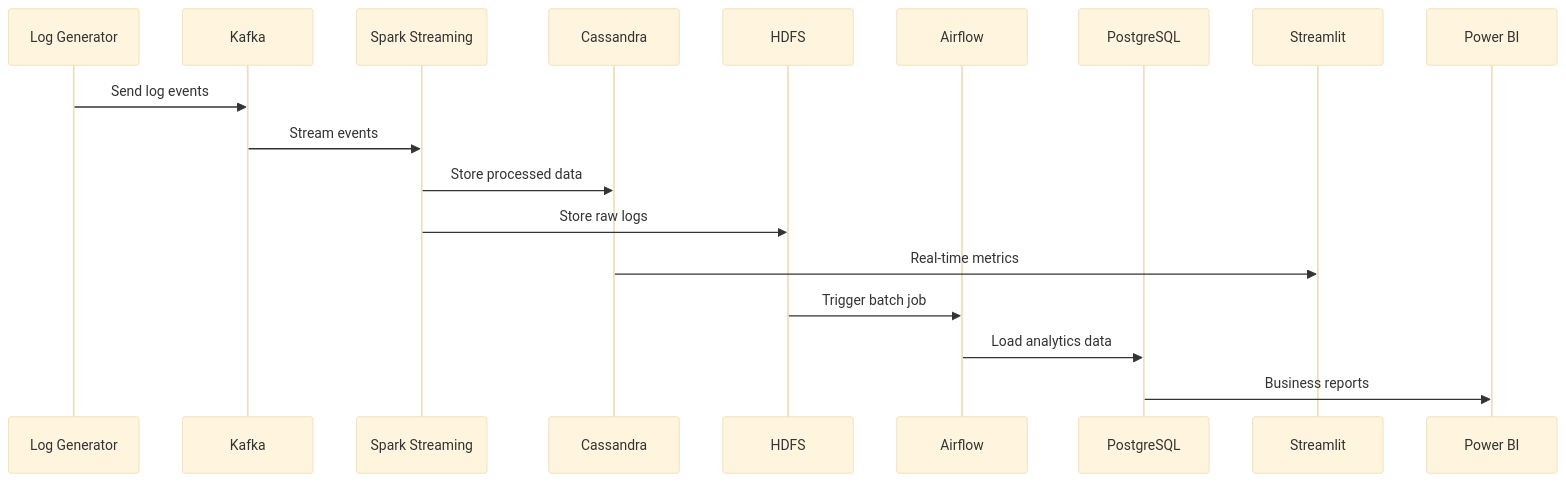
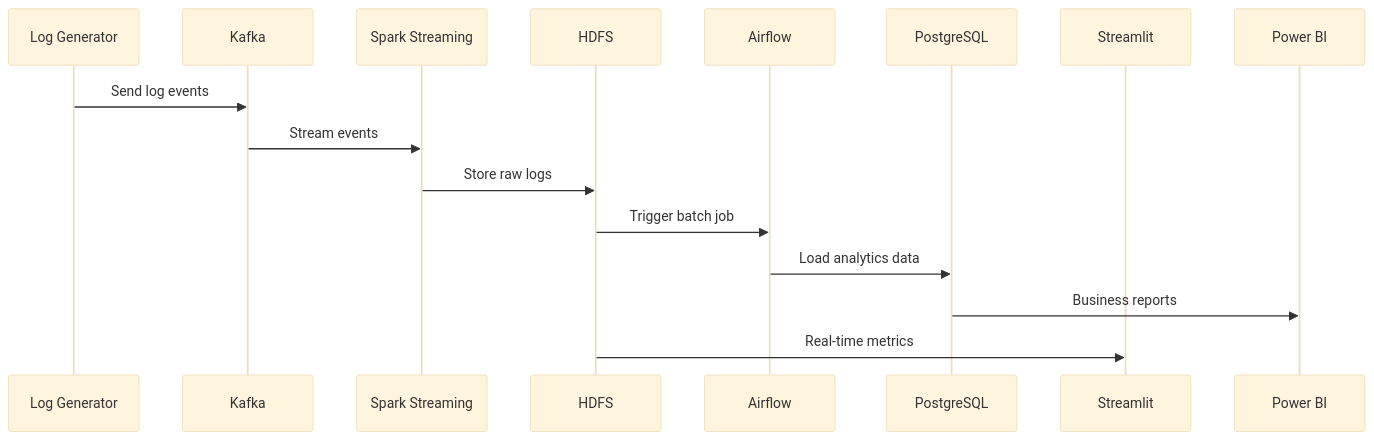
The second of 3 diagrams in README.md (MAHMOUDMAMDOH8/end-to-end-log-processing), drawn with Mermaid (base theme) before and after one commit. The commit also changed other lines of this file, not shown here.

````diff
--- a/README.md
+++ b/README.md
@@ -89,21 +87,19 @@
 ```mermaid
 sequenceDiagram
     participant LG as Log Generator
     participant K as Kafka
     participant SS as Spark Streaming
-    participant C as Cassandra
     participant H as HDFS
     participant A as Airflow
     participant P as PostgreSQL
     participant G as Streamlit
     participant PB as Power BI
 
     LG->>K: Send log events
     K->>SS: Stream events
-    SS->>C: Store processed data
     SS->>H: Store raw logs
-    C->>G: Real-time metrics
     H->>A: Trigger batch job
     A->>P: Load analytics data
     P->>PB: Business reports
+    H->>G: Real-time metrics
 ```
````
